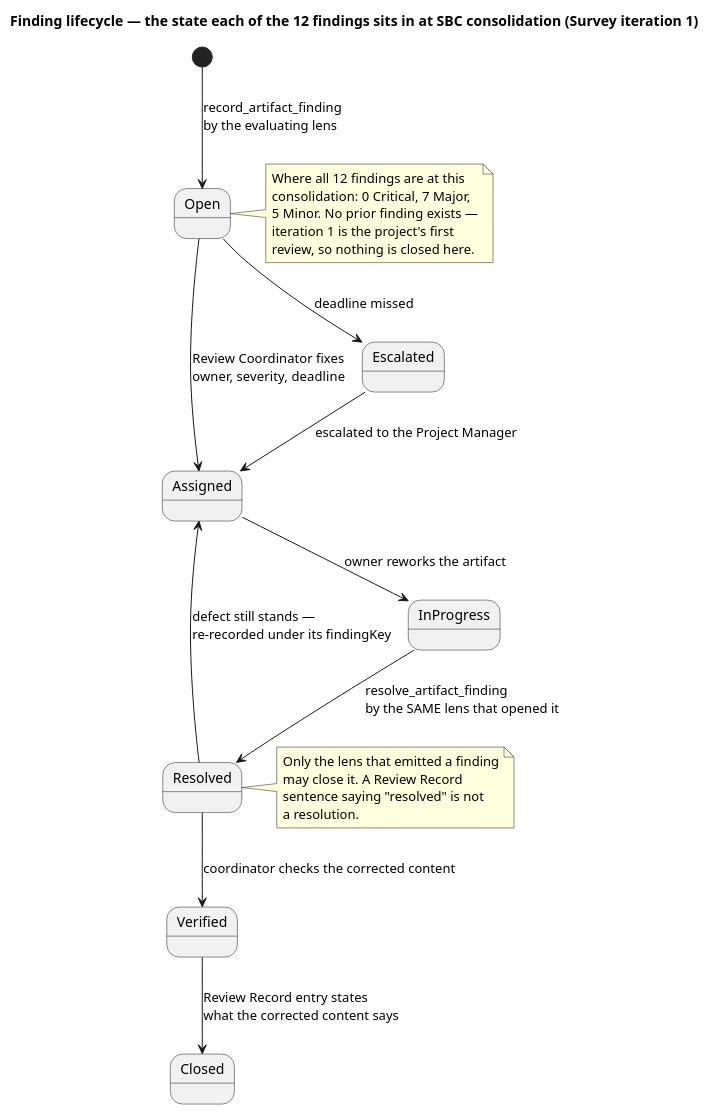
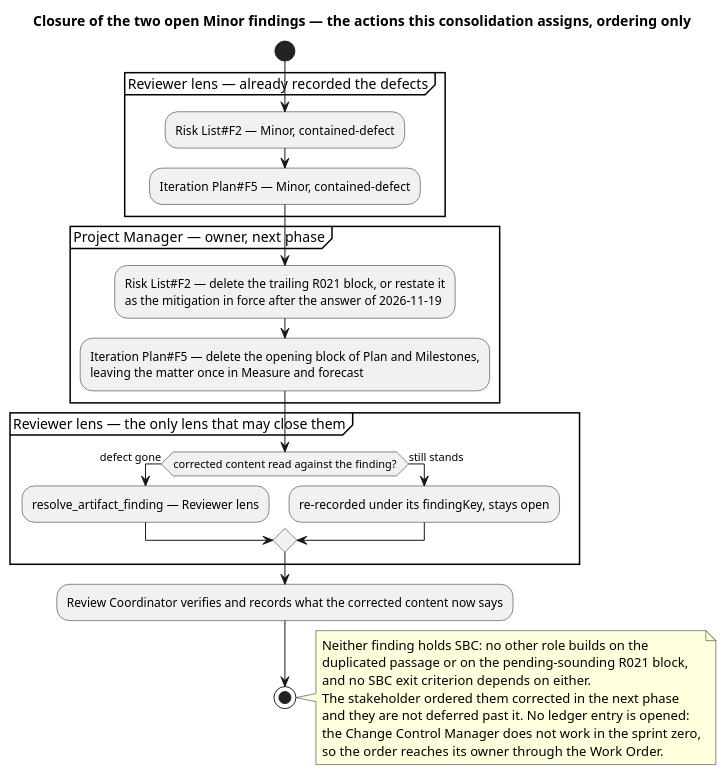
Before and after one commit to banense-test/TodoApp: the ninth of 14 diagrams in docs/artifacts/project-management/review-record.md, drawn with PlantUML. The commit also changed other lines of this file, not shown here.

First line of the commit message:
Review Coordinator [Survey2]: upsert Review Record

````diff
--- a/docs/artifacts/project-management/review-record.md
+++ b/docs/artifacts/project-management/review-record.md
@@ -717,31 +735,38 @@
 ```plantuml
 @startuml
-title Finding lifecycle — the state each of the 12 findings sits in at SBC consolidation (Survey iteration 1)
+title Closure of the two open Minor findings — the actions this consolidation assigns, ordering only
 skinparam shadowing false
 skinparam defaultTextAlignment left
 
-[*] --> Open : record_artifact_finding\nby the evaluating lens
-Open --> Assigned : Review Coordinator fixes\nowner, severity, deadline
-Assigned --> InProgress : owner reworks the artifact
-InProgress --> Resolved : resolve_artifact_finding\nby the SAME lens that opened it
-Resolved --> Verified : coordinator checks the corrected content
-Verified --> Closed : Review Record entry states\nwhat the corrected content says
-Resolved --> Assigned : defect still stands —\nre-recorded under its findingKey
-Open --> Escalated : deadline missed
-Escalated --> Assigned : escalated to the Project Manager
+start
+partition "Reviewer lens — already recorded the defects" {
+  :Risk List#F2 — Minor, contained-defect;
+  :Iteration Plan#F5 — Minor, contained-defect;
+}
+partition "Project Manager — owner, next phase" {
+  :Risk List#F2 — delete the trailing R021 block, or restate it
+  as the mitigation in force after the answer of 2026-11-19;
+  :Iteration Plan#F5 — delete the opening block of Plan and Milestones,
+  leaving the matter once in Measure and forecast;
+}
+partition "Reviewer lens — the only lens that may close them" {
+  if (corrected content read against the finding?) then (defect gone)
+    :resolve_artifact_finding — Reviewer lens;
+  else (still stands)
+    :re-recorded under its findingKey, stays open;
+  endif
+}
+:Review Coordinator verifies and records what the corrected content now says;
+stop
 
-note right of Open
-  Where all 12 findings are at this
-  consolidation: 0 Critical, 7 Major,
-  5 Minor. No prior finding exists —
-  iteration 1 is the project's first
-  review, so nothing is closed here.
-end note
-note right of Resolved
-  Only the lens that emitted a finding
-  may close it. A Review Record
-  sentence saying "resolved" is not
-  a resolution.
+note right
+  Neither finding holds SBC: no other role builds on the
+  duplicated passage or on the pending-sounding R021 block,
+  and no SBC exit criterion depends on either.
+  The stakeholder ordered them corrected in the next phase
+  and they are not deferred past it. No ledger entry is opened:
+  the Change Control Manager does not work in the sprint zero,
+  so the order reaches its owner through the Work Order.
 end note
 @enduml
 ```
````
